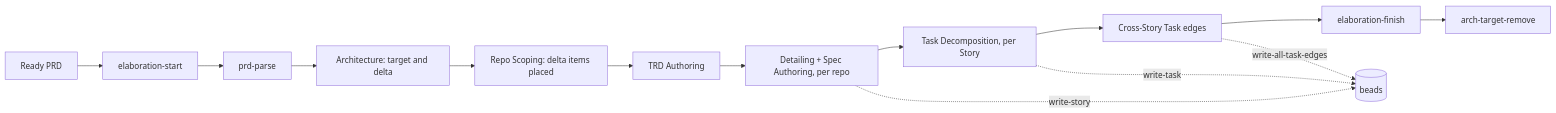
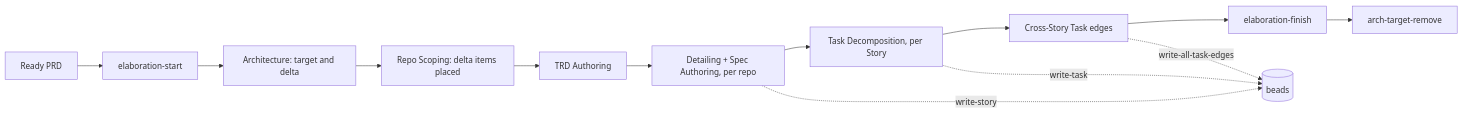
One commit to mark-satterfield/toolset changed the second of 4 diagrams in plugins/agent-teams-workforce/AGENT-TEAMS-WORKFORCE.md. Above: the diagram before and after it, drawn with Mermaid. The commit also changed other lines of this file and 53 other files, not shown here.

````diff
--- a/plugins/agent-teams-workforce/AGENT-TEAMS-WORKFORCE.md
+++ b/plugins/agent-teams-workforce/AGENT-TEAMS-WORKFORCE.md
@@ -50,15 +50,15 @@
 ```mermaid
 graph LR
   P[Ready PRD] --> L[elaboration-start]
-  L --> PP[prd-parse] --> A[Architecture: target and delta]
+  L --> A[Architecture: target and delta]
   A --> RS[Repo Scoping: delta items placed]
   RS --> R[TRD Authoring]
   R --> S[Detailing + Spec Authoring, per repo]
   S --> T[Task Decomposition, per Story]
   T --> X[Cross-Story Task edges]
   X --> E[elaboration-finish]
   E --> TR[arch-target-remove]
   S -. write-story .-> B[(beads)]
   T -. write-task .-> B
   X -. write-all-task-edges .-> B
 ```
````
